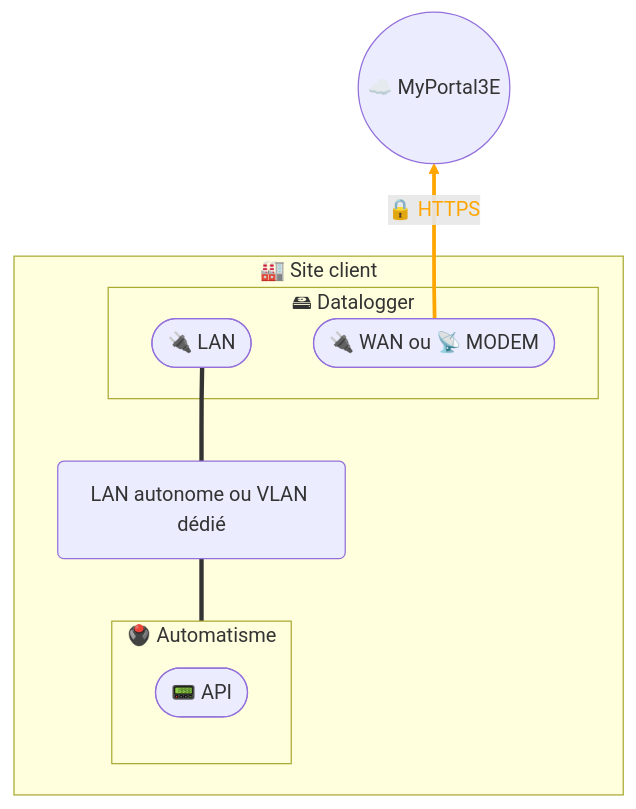
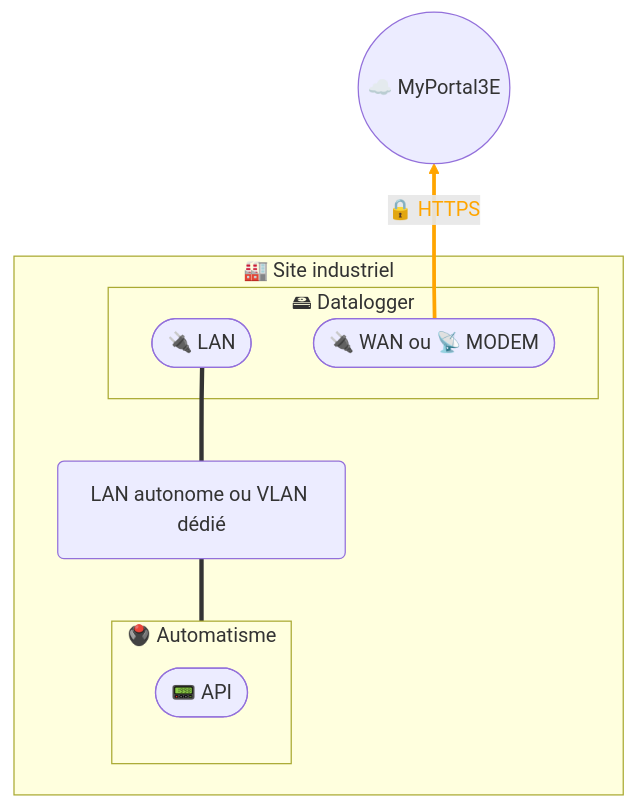
One commit to JohannPx/network-architectures changed the second of 2 diagrams in docs/data/Collecte de données - Datalogger.md. Above: the diagram before and after it, drawn with Mermaid. The commit also changed 12 other files, not shown here.

````diff
--- a/docs/data/Collecte de données - Datalogger.md
+++ b/docs/data/Collecte de données - Datalogger.md
@@ -32,24 +32,24 @@
 ```mermaid
 flowchart BT
 
-    subgraph site [🏭 Site client]
+    subgraph site [🏭 Site industriel]
         subgraph automation [🖲️ Automatisme]
             plc([📟 API])
         end
 
         vlan(LAN autonome ou VLAN dédié)
         
         subgraph ewon [🖴 Datalogger]
             ewonLan([🔌 LAN])
             ewonWan([🔌 WAN ou 📡 MODEM])
         end
     end
 
     myportal3e((☁️ MyPortal3E))
 
     ewonWan == 🔒 HTTPS ==> myportal3e
     automation === vlan
     vlan === ewonLan
     
     linkStyle 0 stroke:orange,stroke-width:3px,color:orange;
 ```
````
